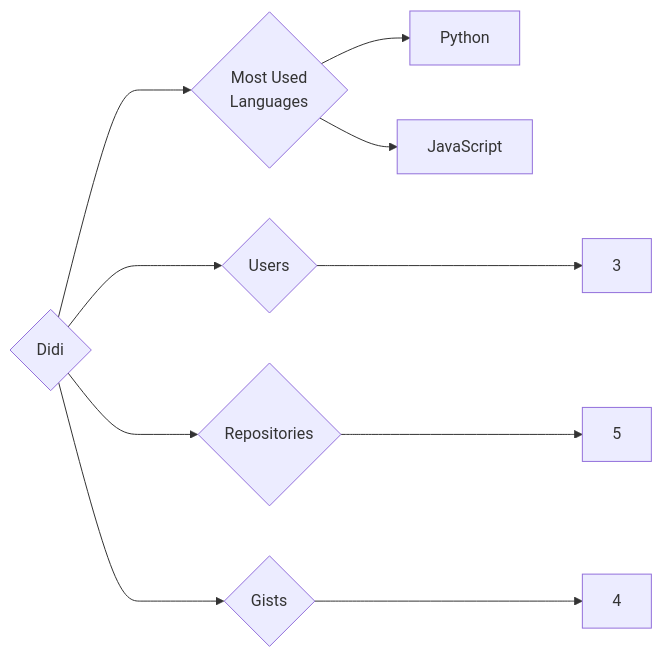
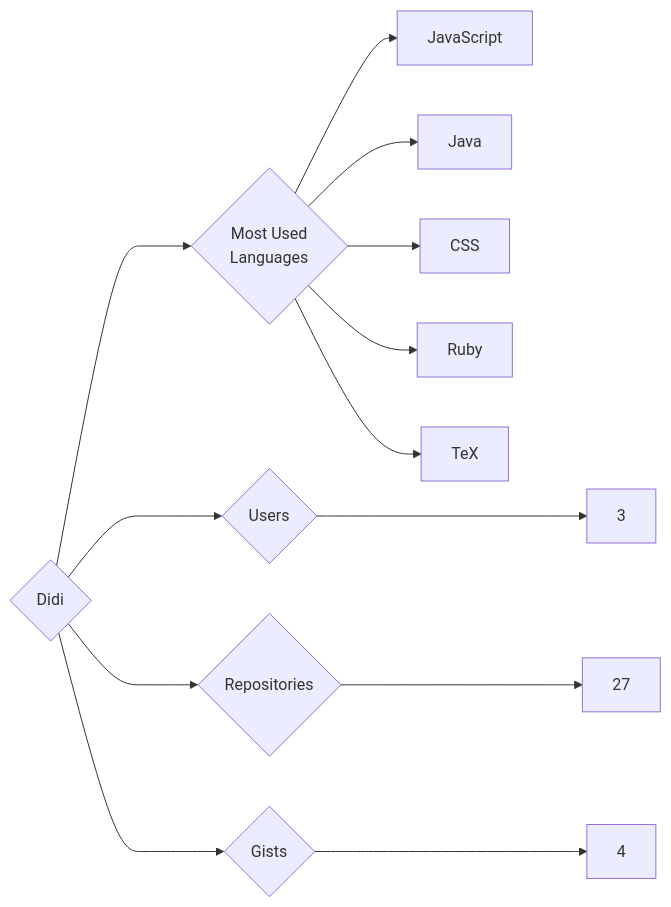
Before and after one commit to trickest/insiders: the diagram in targets/Didi/README.md, drawn with Mermaid. The commit also changed 1036 other files, not shown here.

````diff
--- a/targets/Didi/README.md
+++ b/targets/Didi/README.md
@@ -3,10 +3,13 @@
 ```mermaid
 graph LR
 COMPANY_NAME{Didi}
 COMPANY_NAME ---> U{Users} ---> UN[3]
-COMPANY_NAME ---> R{Repositories} ---> RN[5]
+COMPANY_NAME ---> R{Repositories} ---> RN[27]
 COMPANY_NAME ---> G{Gists} ---> GN[4]
 COMPANY_NAME ---> ML{Most Used<br>Languages}
-ML --> Python[Python]
 ML --> JavaScript[JavaScript]
+ML --> Java[Java]
+ML --> CSS[CSS]
+ML --> Ruby[Ruby]
+ML --> TeX[TeX]
 ```
````
